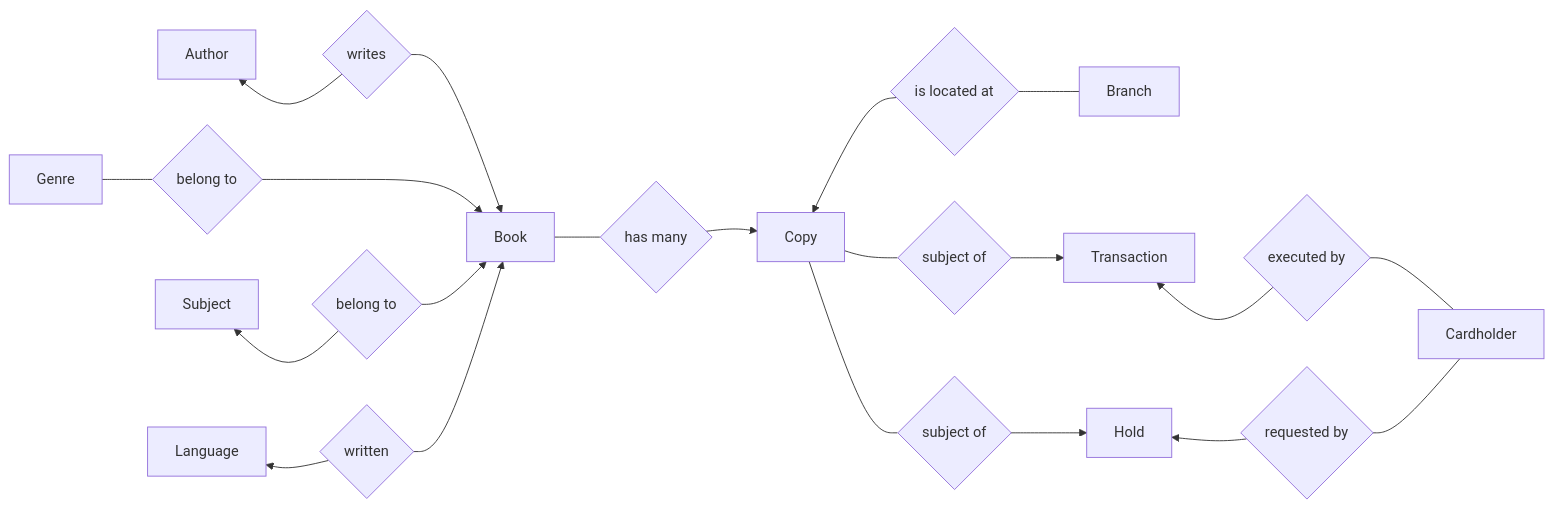
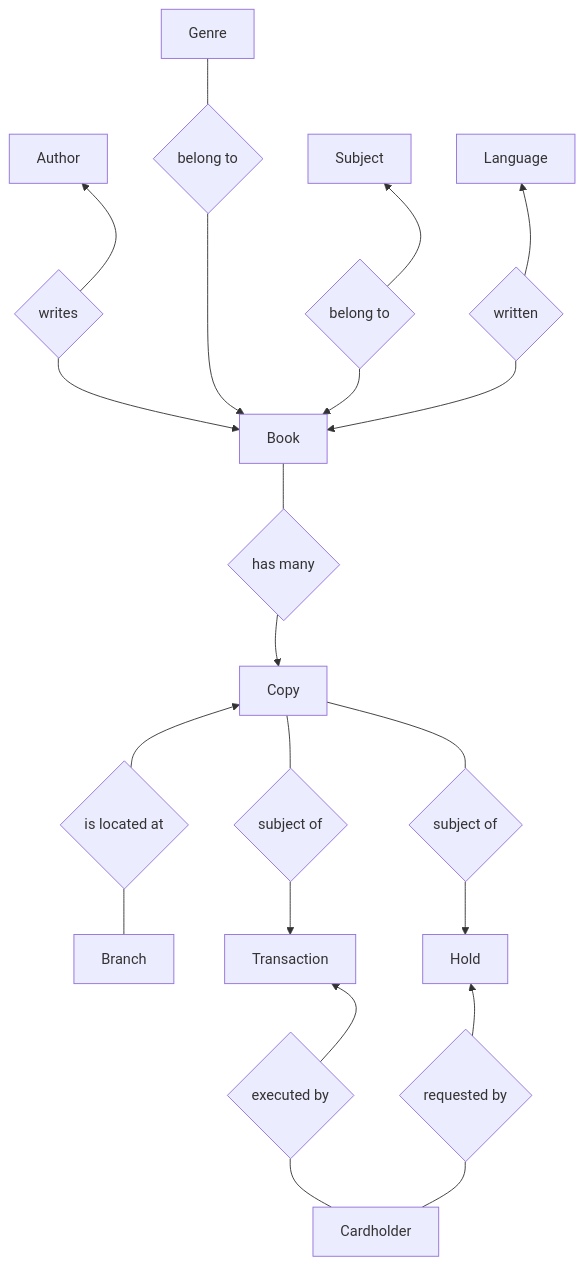
Before and after one commit to kelzzzz/CS425-ChiPub: the first of 2 diagrams in deliverable_1.md, drawn with Mermaid.

Commit message:
Change diagram direction to be vertical

````diff
--- a/deliverable_1.md
+++ b/deliverable_1.md
@@ -15,23 +15,23 @@
 ```mermaid
-graph LR
+graph TD
     A[Author] ~~~ AB{writes} --> A
     G[Genre] --- GB{belong to}
     S[Subject] ~~~ SB{belong to} --> S
     L[Language] ~~~ LB{written} --> L
     AB --> B[Book]
     GB ---> B
     SB --> B
     LB --> B
     B --- CB{has many}
     C[Copy] ~~~ CB --> C
     C ~~~ CBr{is located at} --> C
     CBr --- Br[Branch]
     C --- CT{subject of}
     CT --> T[Transaction]
     C --- CH{subject of}
     CH --> H[Hold]
     T ~~~ TCh{executed by} --> T
     TCh --- Ch[Cardholder]
     H ~~~ HCh{requested by} --> H
     HCh --- Ch
 ```
````
